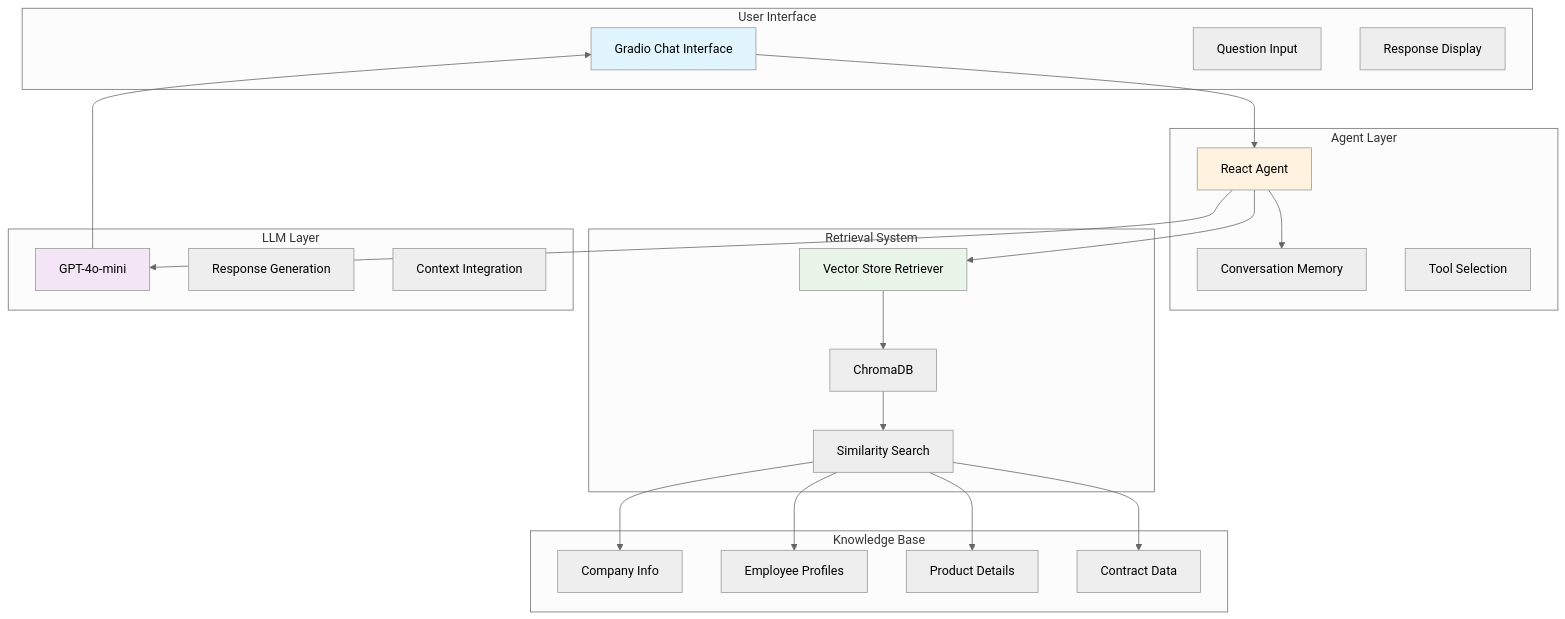
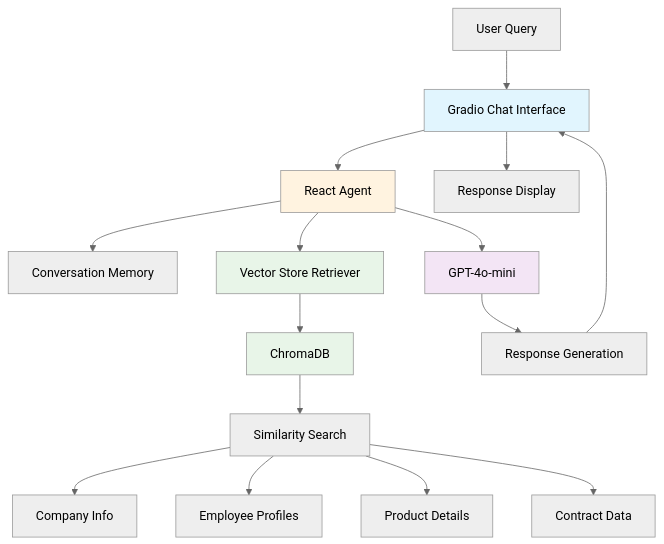
The sixth of 11 diagrams in 5_week/README.md (Jai-Keshav-Sharma/LLM-Engineering), drawn with Mermaid (neutral theme) before and after one commit.

````diff
--- a/5_week/README.md
+++ b/5_week/README.md
@@ -231,50 +231,26 @@
 ```mermaid
-graph TB
-    subgraph "User Interface"
-        A[Gradio Chat Interface]
-        B[Question Input]
-        C[Response Display]
-    end
+flowchart TD
+    A[Gradio Chat Interface] --> B[React Agent]
+    B --> C[Conversation Memory]
+    B --> D[Vector Store Retriever]
+    D --> E[ChromaDB]
+    E --> F[Similarity Search]
     
-    subgraph "Agent Layer"
-        D[React Agent]
-        E[Conversation Memory]
-        F[Tool Selection]
-    end
+    F --> G[Company Info]
+    F --> H[Employee Profiles]
+    F --> I[Product Details]
+    F --> J[Contract Data]
     
-    subgraph "Retrieval System"
-        G[Vector Store Retriever]
-        H[ChromaDB]
-        I[Similarity Search]
-    end
+    B --> K[GPT-4o-mini]
+    K --> L[Response Generation]
+    L --> A
     
-    subgraph "Knowledge Base"
-        J[Company Info]
-        K[Employee Profiles]
-        L[Product Details]
-        M[Contract Data]
-    end
-    
-    subgraph "LLM Layer"
-        N[GPT-4o-mini]
-        O[Response Generation]
-        P[Context Integration]
-    end
-    
-    A --> D
-    D --> E
-    D --> G
-    G --> H
-    H --> I
-    I --> J
-    I --> K
-    I --> L
-    I --> M
-    D --> N
-    N --> A
+    M[User Query] --> A
+    A --> N[Response Display]
     
     style A fill:#e1f5fe
-    style D fill:#fff3e0
-    style G fill:#e8f5e8
-    style N fill:#f3e5f5
+    style B fill:#fff3e0
+    style D fill:#e8f5e8
+    style K fill:#f3e5f5
+    style E fill:#e8f5e8
 ```
````
